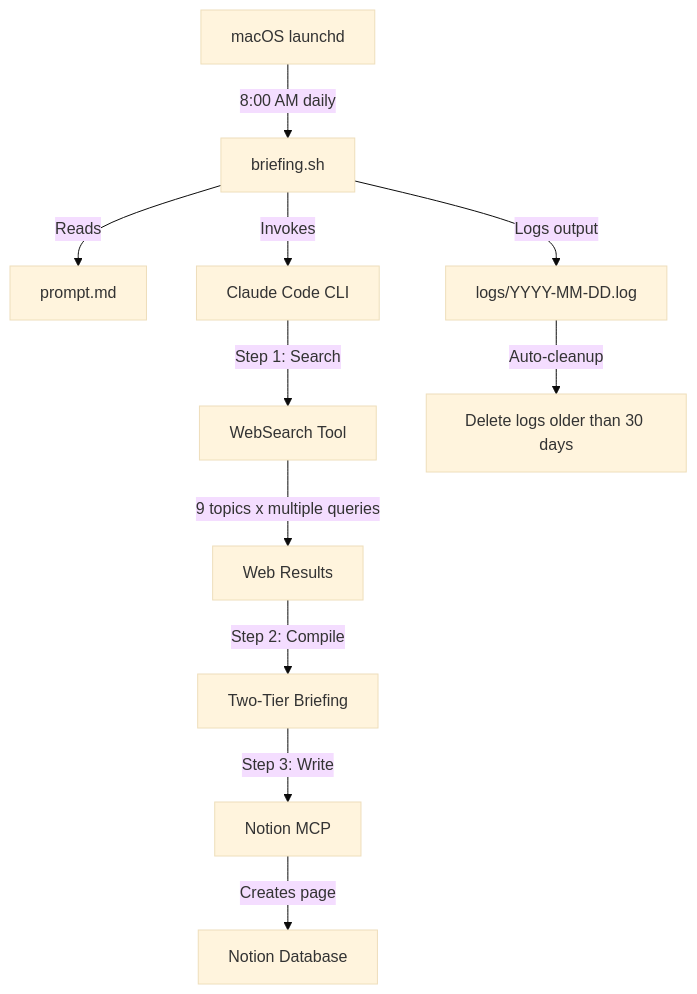
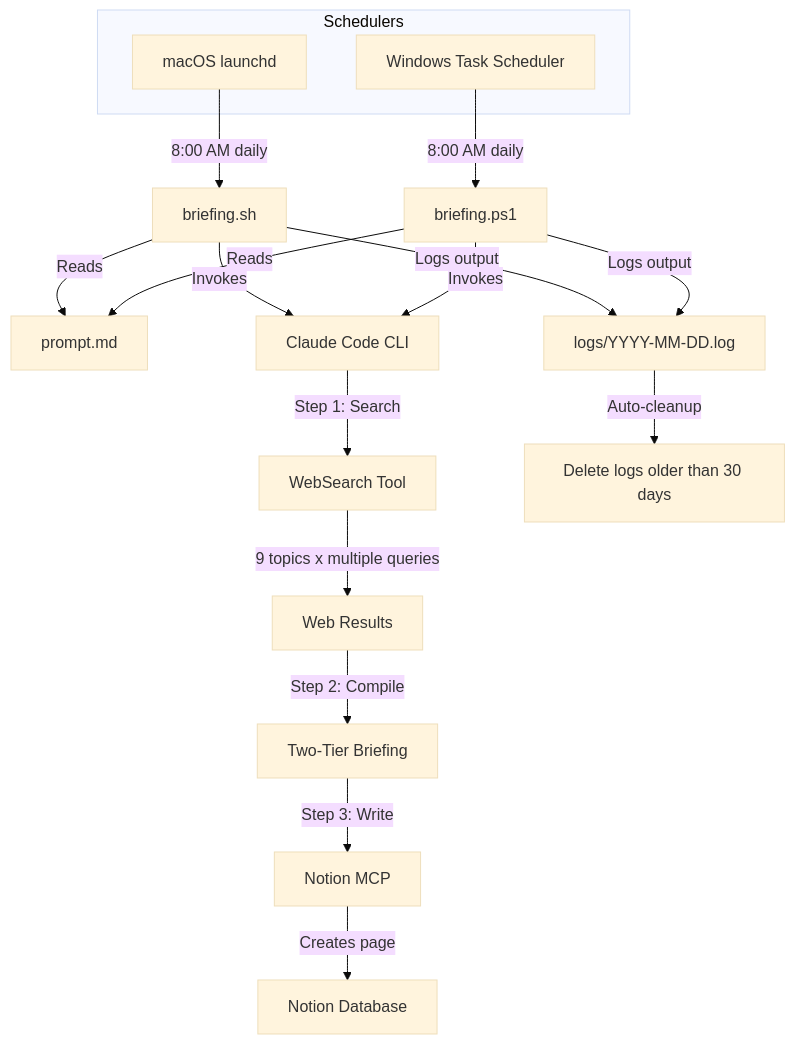
Before and after one commit to hoangsonww/ai-news-briefing: the diagram in README.md, drawn with Mermaid (base theme). The commit also changed other lines of this file and 4 other files, not shown here.

First line of the commit message:
Add Windows support via PowerShell and Task Scheduler

````diff
--- a/README.md
+++ b/README.md
@@ -17,13 +17,26 @@
 ```mermaid
 flowchart TD
-    A[macOS launchd] -->|8:00 AM daily| B[briefing.sh]
-    B -->|Reads| C[prompt.md]
-    B -->|Invokes| D[Claude Code CLI]
+    subgraph Schedulers
+        A1[macOS launchd]
+        A2[Windows Task Scheduler]
+    end
+
+    A1 -->|8:00 AM daily| B1[briefing.sh]
+    A2 -->|8:00 AM daily| B2[briefing.ps1]
+
+    B1 -->|Reads| C[prompt.md]
+    B2 -->|Reads| C
+
+    B1 -->|Invokes| D[Claude Code CLI]
+    B2 -->|Invokes| D
+
     D -->|Step 1: Search| E[WebSearch Tool]
     E -->|9 topics x multiple queries| F[Web Results]
     F -->|Step 2: Compile| G[Two-Tier Briefing]
     G -->|Step 3: Write| H[Notion MCP]
     H -->|Creates page| I[Notion Database]
-    B -->|Logs output| J[logs/YYYY-MM-DD.log]
+
+    B1 -->|Logs output| J[logs/YYYY-MM-DD.log]
+    B2 -->|Logs output| J
     J -->|Auto-cleanup| K[Delete logs older than 30 days]
 ```
````
